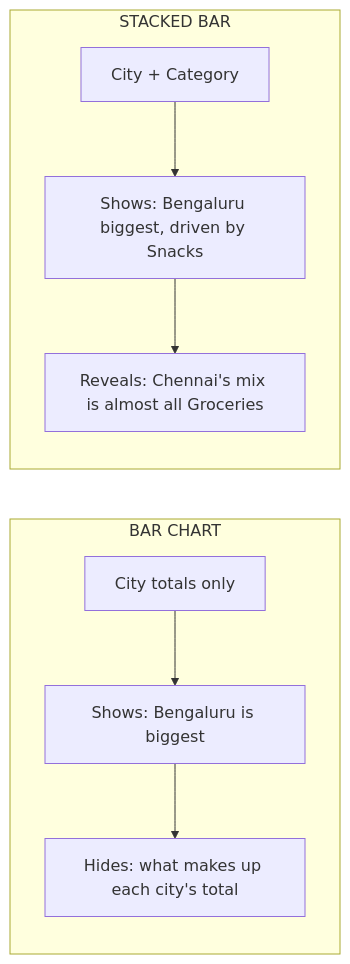
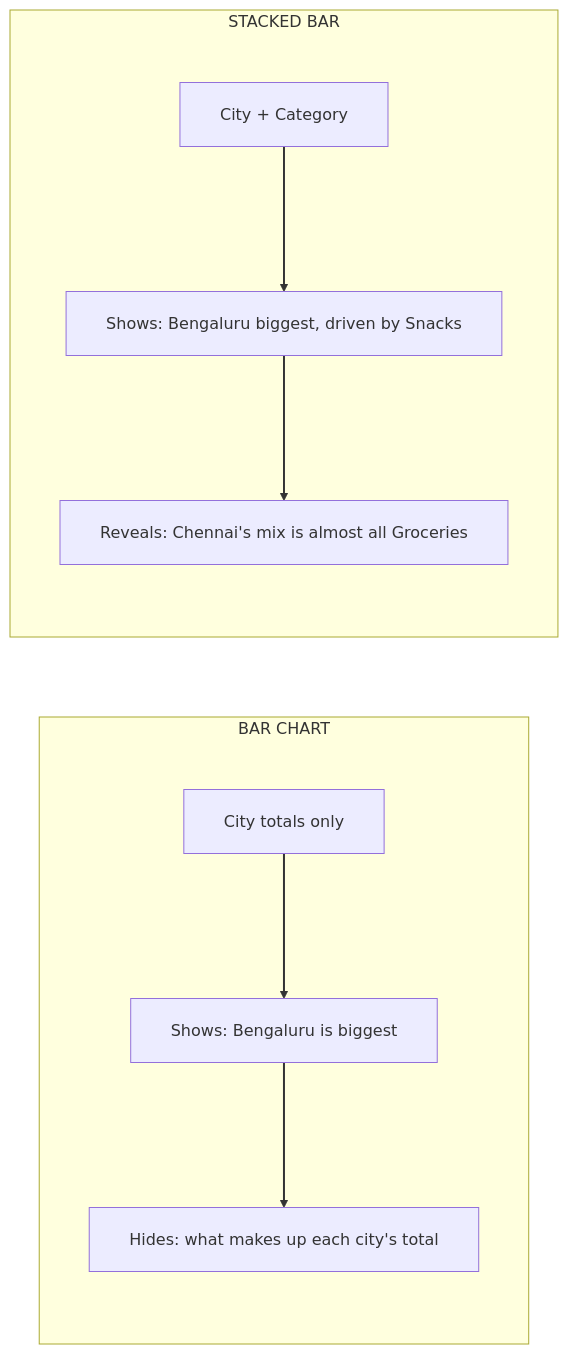
One commit to ritzrmx/Masai_Curriculum changed the second of 2 diagrams in IITP_AIML_Regional/IITP-GenAI-TA-I2606 & IITP-GenAI-TE-I-2608/Module-3/Academic Session 19 - Choosing the Right Chart/pre-read - Choosing the Right Chart.md. Above: the diagram before and after it, drawn with Mermaid. The commit also changed other lines of this file and 42 other files, not shown here.

Commit message:
chore: standardize mermaid mental-map and pre-read styling

````diff
--- a/IITP_AIML_Regional/IITP-GenAI-TA-I2606 & IITP-GenAI-TE-I-2608/Module-3/Academic Session 19 - Choosing the Right Chart/pre-read - Choosing the Right Chart.md
+++ b/IITP_AIML_Regional/IITP-GenAI-TA-I2606 & IITP-GenAI-TE-I-2608/Module-3/Academic Session 19 - Choosing the Right Chart/pre-read - Choosing the Right Chart.md
@@ -117,11 +126,15 @@
 ```mermaid
+%%{init: {'themeVariables': {'fontSize': '16px'}, 'flowchart': {'useMaxWidth': false, 'htmlLabels': true, 'nodeSpacing': 80, 'rankSpacing': 120, 'wrappingWidth': 620, 'padding': 20}}}%%
 flowchart LR
     subgraph left_side["BAR CHART"]
         M1[City totals only] --> M2[Shows: Bengaluru is biggest]
         M2 --> M3[Hides: what makes up each city's total]
     end
     subgraph right_side["STACKED BAR"]
         D1[City + Category] --> D2[Shows: Bengaluru biggest, driven by Snacks]
         D2 --> D3[Reveals: Chennai's mix is almost all Groceries]
     end
+
+
+linkStyle default stroke-width:2px
 ```
````
